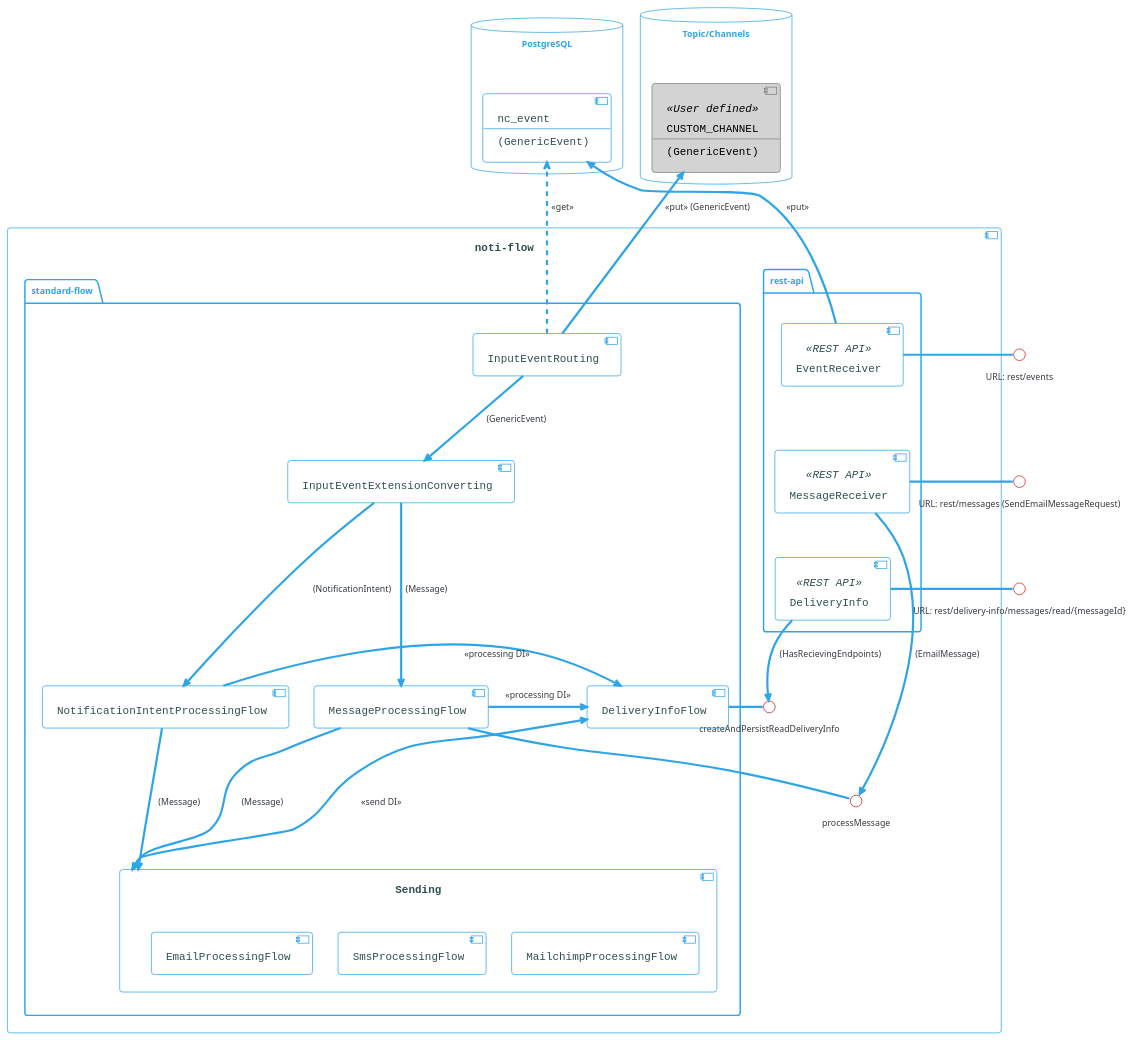
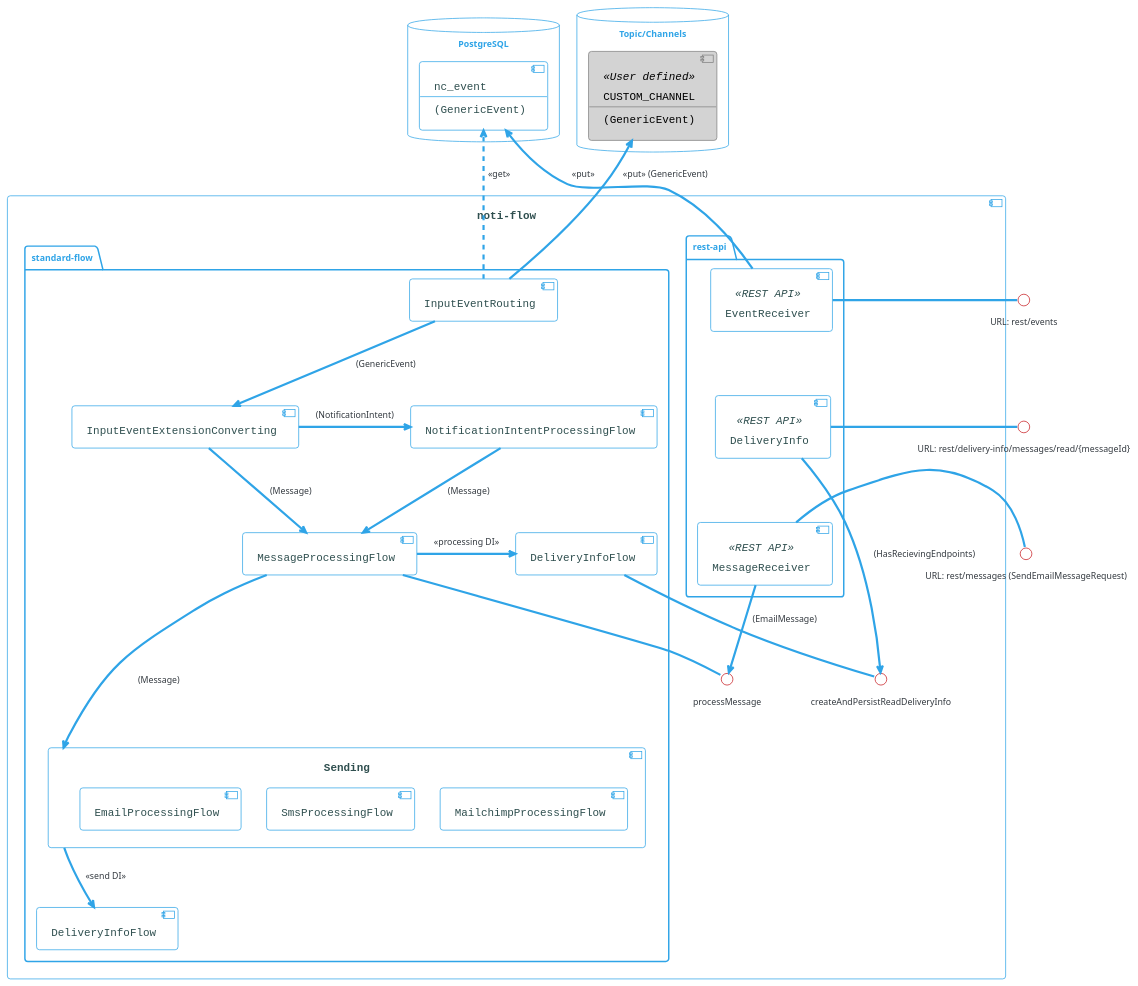
The diagram in diagrams/noti-flow-standard-flow.puml (com-obj/notiflow), drawn with PlantUML before and after one commit. The commit also changed 7 other files, not shown here.

Commit message:
update diagrams, fix mailchimp endpoint type, refactor intent processing

```diff
--- a/diagrams/noti-flow-standard-flow.puml
+++ b/diagrams/noti-flow-standard-flow.puml
@@ -1,130 +1,112 @@
 @startuml
 !theme cerulean-outline
 
 
 skinparam component {
     BackgroundColor<<user defined>> LightGray
     BorderColor<<user defined>> Gray
     FontColor<<user defined>> Black
     ArrowColor<<get>> #FF6655
 
     FontColor DarkSlateGray
     FontName Courier
     FontSize 15
 
     FontSize<<PUB/SUB>> 12
 }
 
 
 
     
 database "PostgreSQL" {
     component nc_event [
         nc_event
         --
         (GenericEvent)
     ]
 }
 
 database "Topic/Channels" {
 
     component CUSTOM_CHANNEL<<User defined>> [
         CUSTOM_CHANNEL
         --
         (GenericEvent)
     ]
 
 }
 
 component [noti-flow] as mainFlow {
 
     package rest-api {
         [EventReceiver]<<REST API>>
         [MessageReceiver]<<REST API>>
         [DeliveryInfo]<<REST API>>
 
-        EventReceiver --[hidden] MessageReceiver
-        MessageReceiver --[hidden] DeliveryInfo
+        EventReceiver --[hidden] DeliveryInfo
+        DeliveryInfo --[hidden] MessageReceiver
     }
 
     package standard-flow {
         [InputEventRouting]
         [InputEventExtensionConverting]
 
         InputEventRouting --> InputEventExtensionConverting: (GenericEvent)
 
-        together {
+        [MessageProcessingFlow]
+        [NotificationIntentProcessingFlow]
 
-            [MessageProcessingFlow]
-            [NotificationIntentProcessingFlow]
+        InputEventExtensionConverting -> NotificationIntentProcessingFlow: (NotificationIntent)
+        InputEventExtensionConverting --> MessageProcessingFlow: (Message)
 
-            MessageProcessingFlow -[hidden]> NotificationIntentProcessingFlow
-        }
-
-        InputEventExtensionConverting ---> MessageProcessingFlow: (Message)
-        InputEventExtensionConverting ---> NotificationIntentProcessingFlow: (NotificationIntent)
-
-    component Sending {
+        component Sending {
             [EmailProcessingFlow]
             [SmsProcessingFlow]
             [MailchimpProcessingFlow]
 
             EmailProcessingFlow -[hidden]> SmsProcessingFlow
             SmsProcessingFlow -[hidden]> MailchimpProcessingFlow
         }
 
-        NotificationIntentProcessingFlow ---> Sending: (Message)
+        NotificationIntentProcessingFlow --> MessageProcessingFlow: (Message)
         MessageProcessingFlow ---> Sending: (Message)
 
-        [DeliveryInfoFlow] as DeliveryInfoFlow
-        MessageProcessingFlow -> DeliveryInfoFlow: <<processing DI>>
-        NotificationIntentProcessingFlow -> DeliveryInfoFlow: <<processing DI>>
+        [DeliveryInfoFlow] as DeliveryInfoFlow1
+        [DeliveryInfoFlow] as DeliveryInfoFlow2
+        MessageProcessingFlow -> DeliveryInfoFlow1: <<processing DI>>
 
-        Sending -u-> DeliveryInfoFlow: <<send DI>>
+        Sending -d-> DeliveryInfoFlow2: <<send DI>>
 
 
     }
 
         interface "processMessage" as processMessageInt
         MessageProcessingFlow -- processMessageInt
 
         interface "createAndPersistReadDeliveryInfo" as readDIInt
-        DeliveryInfoFlow - readDIInt
+        DeliveryInfoFlow1 -- readDIInt
 
-/'
-    package test-mode {
-        [TestModeEmailsFlow]
-        [TestModeMailchimpFlow]
-        [TestModeSmsFlow]
-        [TestModeFlow]
-    }
-
-    TestModeEmailsFlow --> TestModeFlow: (Message)
-    TestModeSmsFlow --> TestModeFlow: (Message)
-    TestModeMailchimpFlow --> TestModeFlow: (Message) 
-
-    '/
 }
 
-interface "URL: rest/events" as restEventInt
-EventReceiver - restEventInt
-interface "URL: rest/messages (SendEmailMessageRequest)" as restMessagesInt
-MessageReceiver - restMessagesInt
-interface "URL: rest/delivery-info/messages/read/{messageId}" as restDIReadInt
-DeliveryInfo - restDIReadInt
+    interface "URL: rest/events" as restEventInt
+    EventReceiver - restEventInt
+    interface "URL: rest/messages (SendEmailMessageRequest)" as restMessagesInt
+    MessageReceiver - restMessagesInt
+    interface "URL: rest/delivery-info/messages/read/{messageId}" as restDIReadInt
+    DeliveryInfo - restDIReadInt
 
     EventReceiver -u-> nc_event: <<put>>
     InputEventRouting .> nc_event: <<get>>
     InputEventRouting -u-> CUSTOM_CHANNEL: <<put>> (GenericEvent)
 
 
 
 
 
 
 MessageReceiver --> processMessageInt: (EmailMessage)
 DeliveryInfo --> readDIInt: (HasRecievingEndpoints)
 
 
 
 @enduml
```
